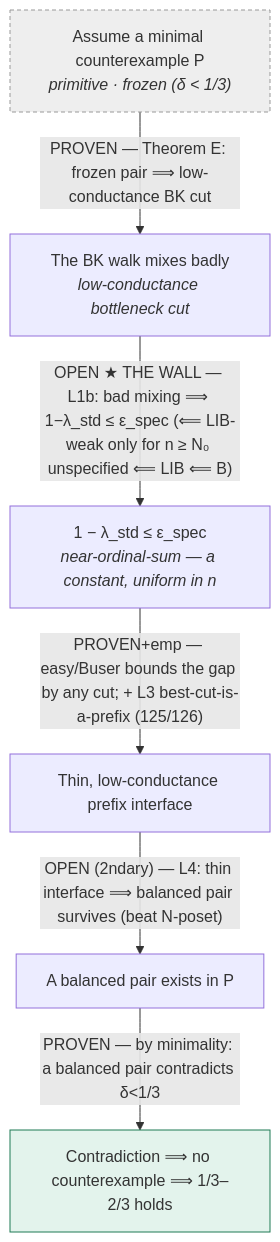
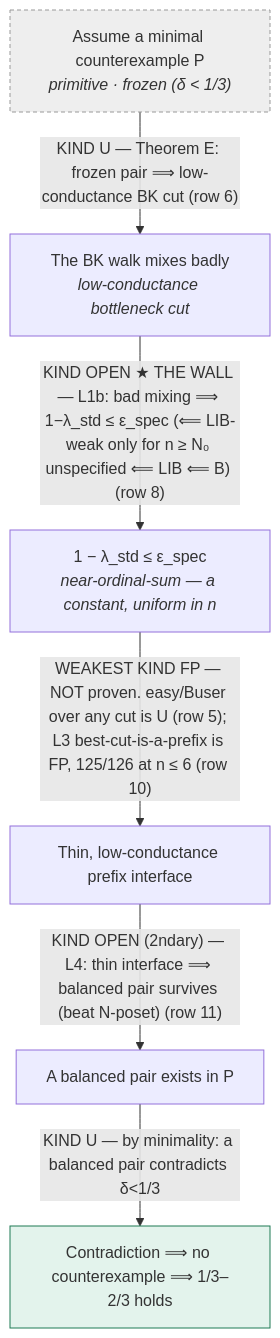
One commit to drellem2/onethird_program changed the diagram in STATE.md. Above: the diagram before and after it, drawn with Mermaid. The commit also changed other lines of this file and 2 other files, not shown here.

````diff
--- a/STATE.md
+++ b/STATE.md
@@ -53,16 +55,16 @@
 ```mermaid
 flowchart TD
     A["Assume a minimal counterexample P<br/><i>primitive · frozen (δ &lt; 1/3)</i>"]:::assume
     B["The BK walk mixes badly<br/><i>low-conductance bottleneck cut</i>"]
     C["1 − λ_std ≤ ε_spec<br/><i>near-ordinal-sum — a constant, uniform in n</i>"]
     D["Thin, low-conductance prefix interface"]
     E["A balanced pair exists in P"]
     F["Contradiction ⟹ no counterexample ⟹ 1/3–2/3 holds"]:::concl
-    A -->|"PROVEN — Theorem E: frozen pair ⟹ low-conductance BK cut"| B
-    B -->|"OPEN ★ THE WALL — L1b: bad mixing ⟹ 1−λ_std ≤ ε_spec (⟸ LIB-weak only for n ≥ N₀ unspecified ⟸ LIB ⟸ B)"| C
-    C -->|"PROVEN+emp — easy/Buser bounds the gap by any cut; + L3 best-cut-is-a-prefix (125/126)"| D
-    D -->|"OPEN (2ndary) — L4: thin interface ⟹ balanced pair survives (beat N-poset)"| E
-    E -->|"PROVEN — by minimality: a balanced pair contradicts δ&lt;1/3"| F
+    A -->|"KIND U — Theorem E: frozen pair ⟹ low-conductance BK cut (row 6)"| B
+    B -->|"KIND OPEN ★ THE WALL — L1b: bad mixing ⟹ 1−λ_std ≤ ε_spec (⟸ LIB-weak only for n ≥ N₀ unspecified ⟸ LIB ⟸ B) (row 8)"| C
+    C -->|"WEAKEST KIND FP — NOT proven. easy/Buser over any cut is U (row 5); L3 best-cut-is-a-prefix is FP, 125/126 at n ≤ 6 (row 10)"| D
+    D -->|"KIND OPEN (2ndary) — L4: thin interface ⟹ balanced pair survives (beat N-poset) (row 11)"| E
+    E -->|"KIND U — by minimality: a balanced pair contradicts δ&lt;1/3"| F
     classDef assume fill:#eee,stroke:#999,stroke-dasharray:4 3;
     classDef concl fill:#e3f3ec,stroke:#1f7a54;
 ```
````
